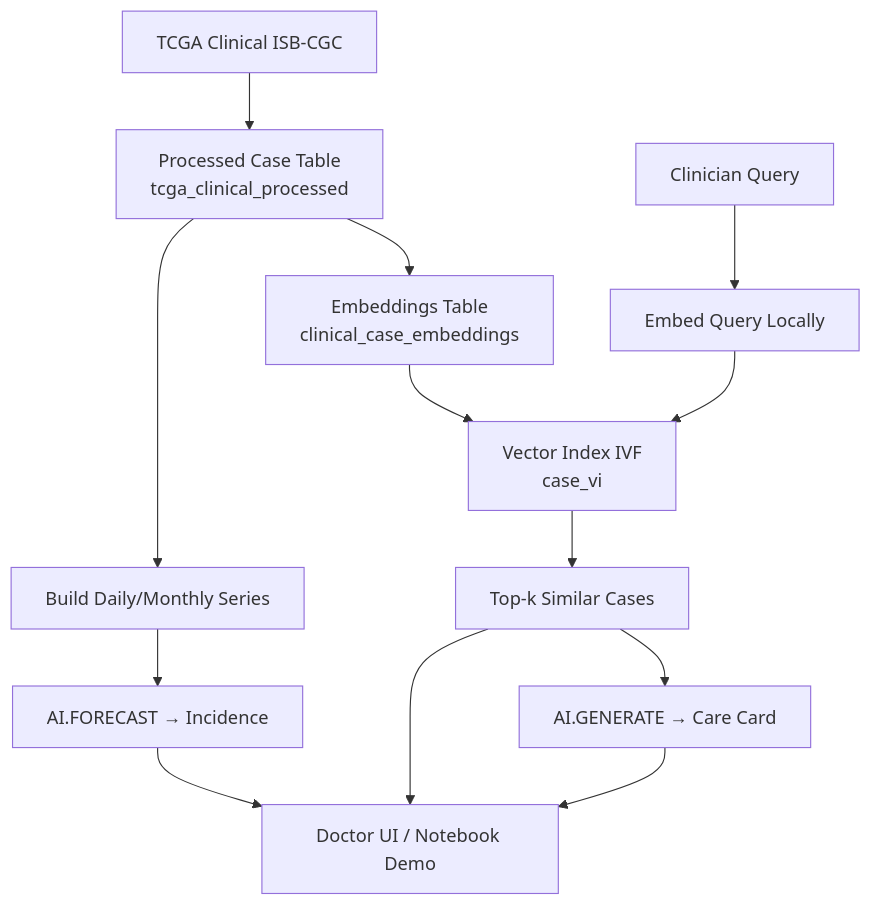
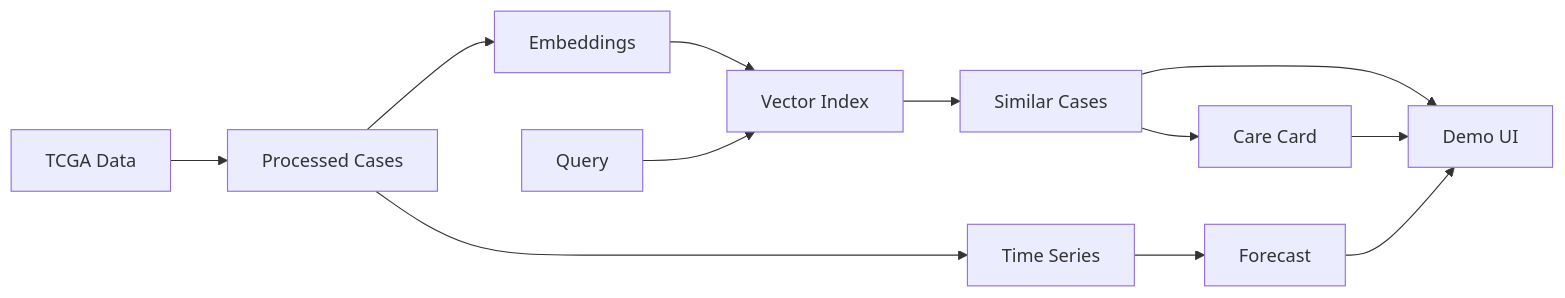
One commit to tuba89/medibridge-ai changed the diagram in README.md. Above: the diagram before and after it, drawn with Mermaid. The commit also changed other lines of this file, not shown here.

````diff
--- a/README.md
+++ b/README.md
@@ -37,15 +43,14 @@
 ```mermaid
-graph TD
-  A[TCGA Clinical ISB-CGC] --> C[Processed Case Table<br/>tcga_clinical_processed]
-  C --> E[Embeddings Table<br/>clinical_case_embeddings]
-  E --> I[Vector Index IVF<br/>case_vi]
-  Q[Clinician Query] --> QE[Embed Query Locally]
-  QE --> I
-  I --> K[Top-k Similar Cases]
-  K --> G[AI.GENERATE → Care Card]
-  C --> S[Build Daily/Monthly Series]
-  S --> F[AI.FORECAST → Incidence]
-  G --> D[Doctor UI / Notebook Demo]
-  F --> D
-  K --> D
+graph LR
+  A[TCGA Data] --> B[Processed Cases]
+  B --> C[Embeddings]
+  C --> D[Vector Index]
+  Q[Query] --> D
+  D --> E[Similar Cases]
+  E --> F[Care Card]
+  B --> G[Time Series]
+  G --> H[Forecast]
+  E --> I[Demo UI]
+  F --> I
+  H --> I
 ```
````
